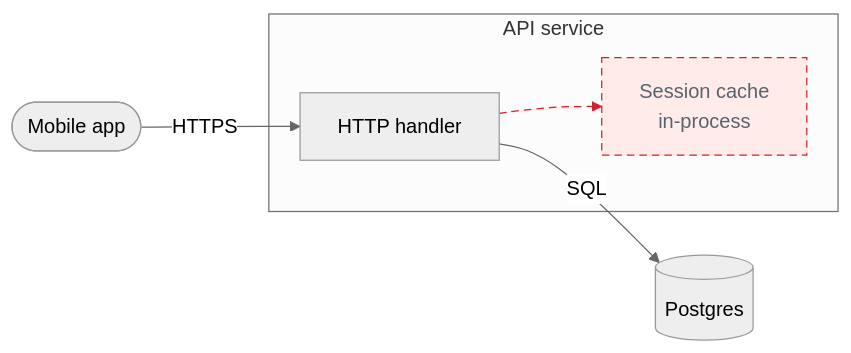
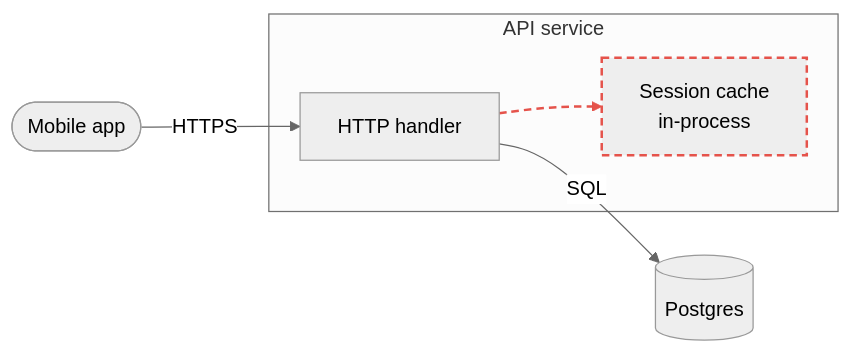
Before and after one commit to zzh730/agent-skill: the diagram in skills/pele-diagram/examples/before.mmd, drawn with Mermaid (neutral theme). The commit also changed 5 other files, not shown here.

First line of the commit message:
Keep Mermaid diff classes to line colors so GitHub renders them

```diff
--- a/skills/pele-diagram/examples/before.mmd
+++ b/skills/pele-diagram/examples/before.mmd
@@ -1,14 +1,14 @@
 flowchart LR
   client([Mobile app])
   subgraph api[API service]
     handler[HTTP handler]
     cache[Session cache<br/>in-process]:::removed
   end
   db[(Postgres)]
 
   client -->|HTTPS| handler
   handler e1@--> cache
   handler -->|SQL| db
 
   class e1 removed
-  classDef removed fill:#ffebe9,stroke:#cf222e,color:#59636e,stroke-dasharray:6 4
+  classDef removed stroke:#e5534b,stroke-width:2px,stroke-dasharray:6 4
```
